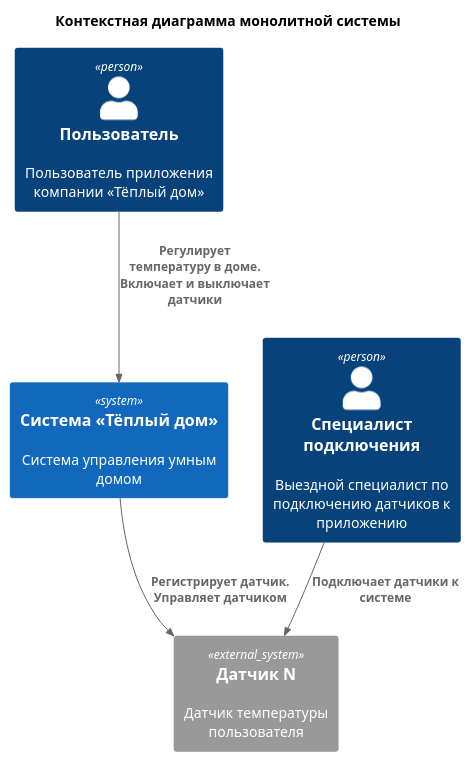
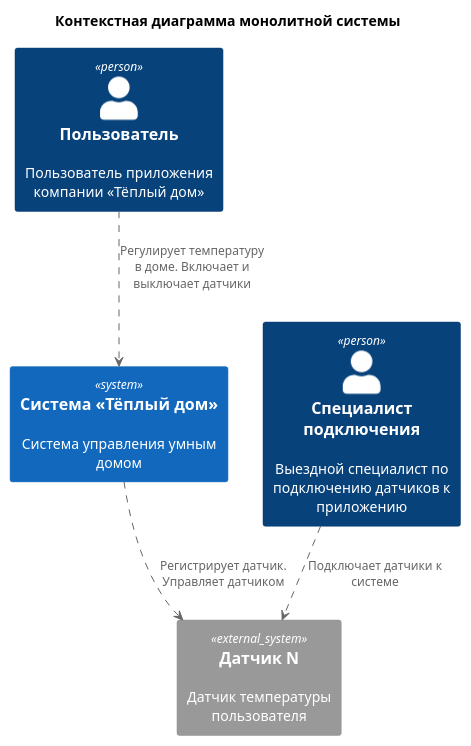
Before and after one commit to PAKETIKk/architecture-warmhouse: the diagram in diagrams/context/context.puml, drawn with PlantUML. The commit also changed 2 other files, not shown here.

```diff
--- a/diagrams/context/context.puml
+++ b/diagrams/context/context.puml
@@ -1,25 +1,28 @@
 @startuml
 title Контекстная диаграмма монолитной системы
 !includeurl https://raw.githubusercontent.com/RicardoNiepel/C4-PlantUML/master/C4_Context.puml
 ' Пользователи и система
 Person(user, "Пользователь", 'Пользователь приложения компании «Тёплый дом»')
 Person(master, "Специалист подключения", 'Выездной специалист по подключению датчиков к приложению')
 ' Система
 System(system, "Система «Тёплый дом»", 'Система управления умным домом')
 ' Внешние системы
 ' System_Ext(home_1, "Датчик 1", 'Датчик температуры пользователя')
 ' System_Ext(home_2, "Датчик 2", 'Датчик температуры пользователя')
 System_Ext(home_n, "Датчик N", 'Датчик температуры пользователя')
 ' Отношения между элементами
-Rel(user, system, "Регулирует температуру в доме. Включает и выключает датчики")
+user ..> system : "Регулирует температуру в доме. Включает и выключает датчики"
+' Rel(user, system, "Регулирует температуру в доме. Включает и выключает датчики")
 ' Rel(system, home_1, "Управляет датчиком")
 ' Rel(system, home_2, "Регистрирует датчик")
-Rel(system, home_n, "Регистрирует датчик. Управляет датчиком")
+system ..> home_n: "Регистрирует датчик. Управляет датчиком"
+' Rel(system, home_n, "Регистрирует датчик. Управляет датчиком")
 ' Rel(master, home_1, "Подключает датчики к системе")
 ' Rel(master, home_2, "")
-Rel(master, home_n, "Подключает датчики к системе")
+master ..> home_n: "Подключает датчики к системе"
+' Rel(master, home_n, "Подключает датчики к системе")
 ' Подсказка для расположения
 ' home_1 -[hidden]down-> master
 ' home_2 -[hidden]down-> master
 ' home_n -[hidden]down-> master
 @enduml 
```
